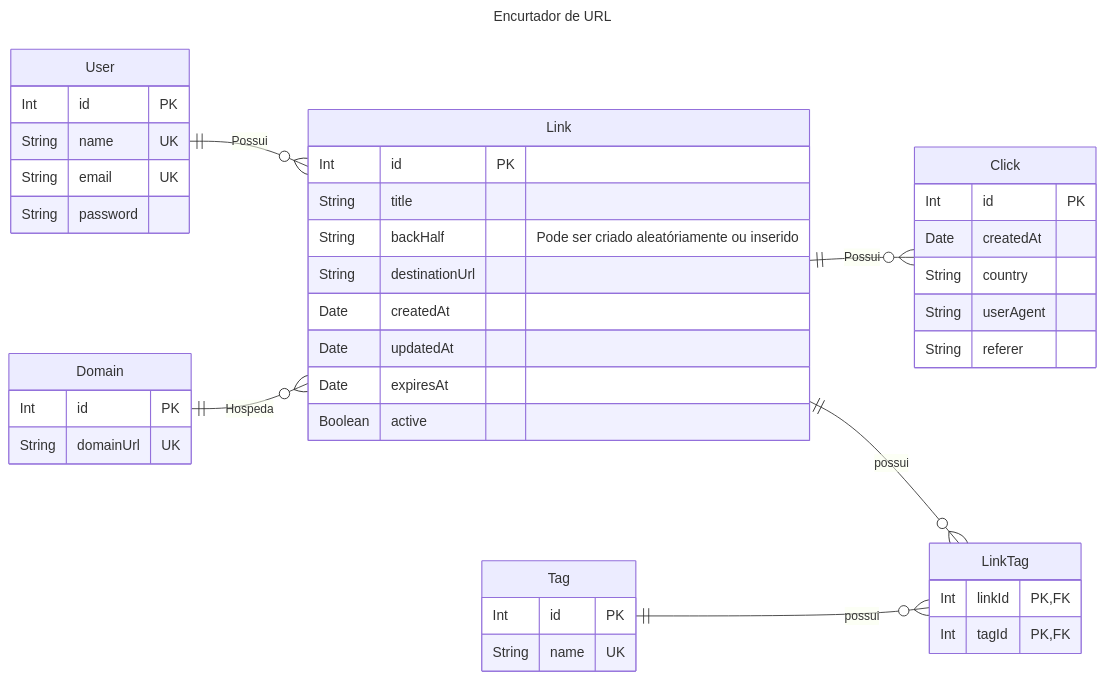
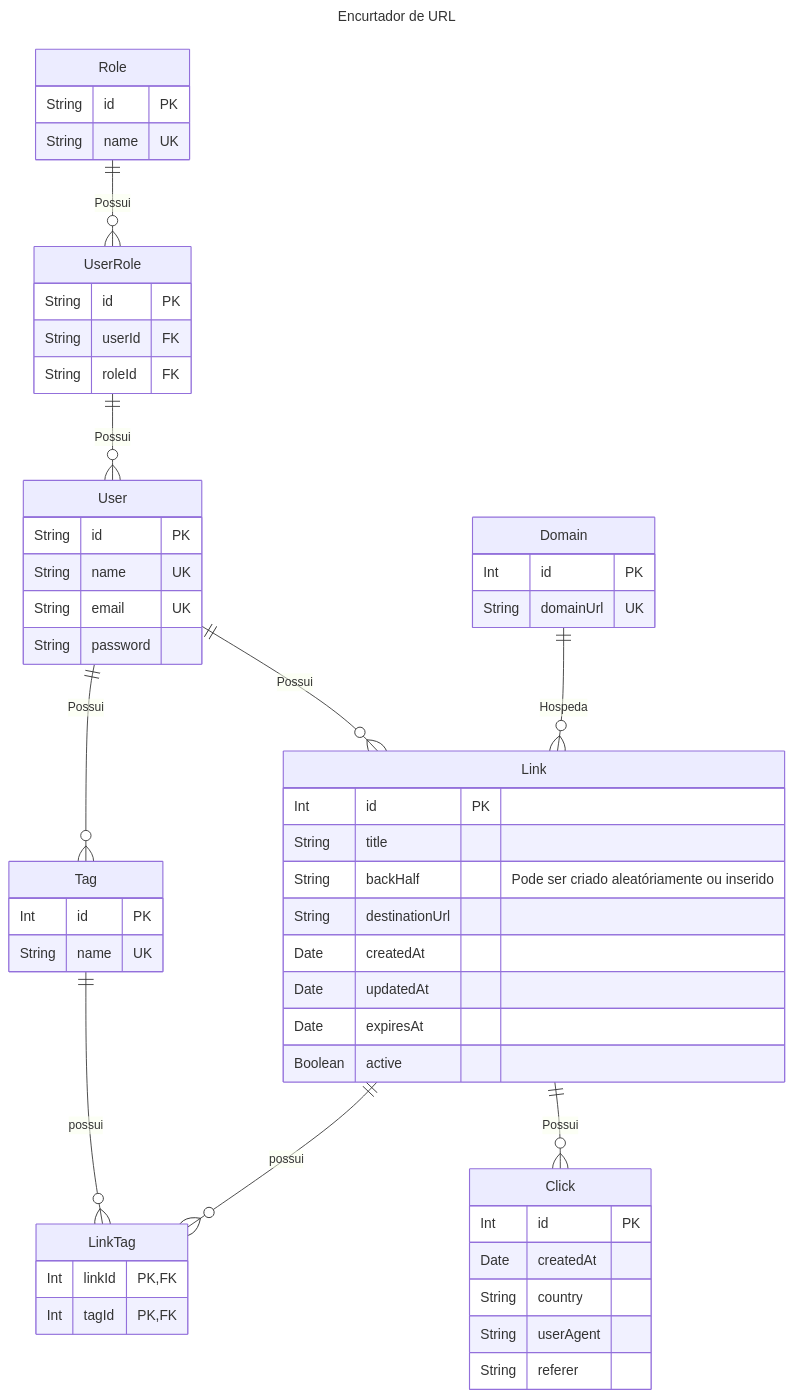
One commit to WillianSilva51/Linkr changed the diagram in linkr-api/README.md. Above: the diagram before and after it, drawn with Mermaid. The commit also changed 4 other files, not shown here.

````diff
--- a/linkr-api/README.md
+++ b/linkr-api/README.md
@@ -1,56 +1,70 @@
 ```mermaid
 ---
 title: Encurtador de URL
 ---
 
 erDiagram
-    direction LR
+    direction TB
 
     User ||--o{ Link: Possui
     Domain ||--o{ Link: Hospeda
     Link ||--o{ Click: Possui
     Link ||--o{ LinkTag: possui
     Tag ||--o{ LinkTag: possui
+    UserRole ||--o{ User: Possui
+    Role ||--o{ UserRole: Possui
+    User ||--o{ Tag: Possui
 
     User {
-        Int id PK
+        String id PK
         String name UK
         String email UK
         String password
+    }
+
+    Role {
+        String id PK
+        String name UK
+    }
+
+    UserRole {
+        String id PK
+        String userId FK
+        String roleId FK
     }
 
     Link {
         Int id PK
         String title
         String backHalf "Pode ser criado aleatóriamente ou inserido"
         String destinationUrl
         Date createdAt
         Date updatedAt
         Date expiresAt
         Boolean active
     }
 %% Constraint: UNIQUE(domainId, backHalf)
 
     Domain {
         Int id PK
         String domainUrl UK
     }
 
     Tag {
         Int id PK
         String name UK
     }
 
     LinkTag {
         Int linkId PK, FK
         Int tagId PK, FK
     }
 
     Click {
         Int id PK
         Date createdAt
         String country
         String userAgent
         String referer
     }
 ```
````
